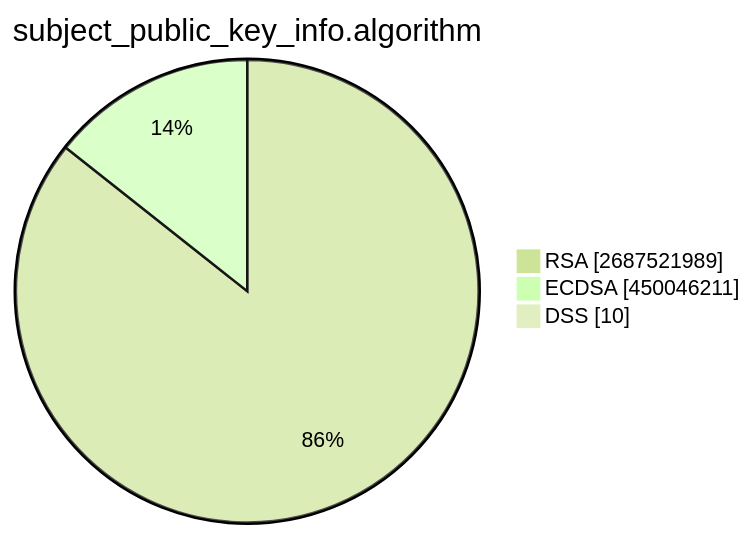
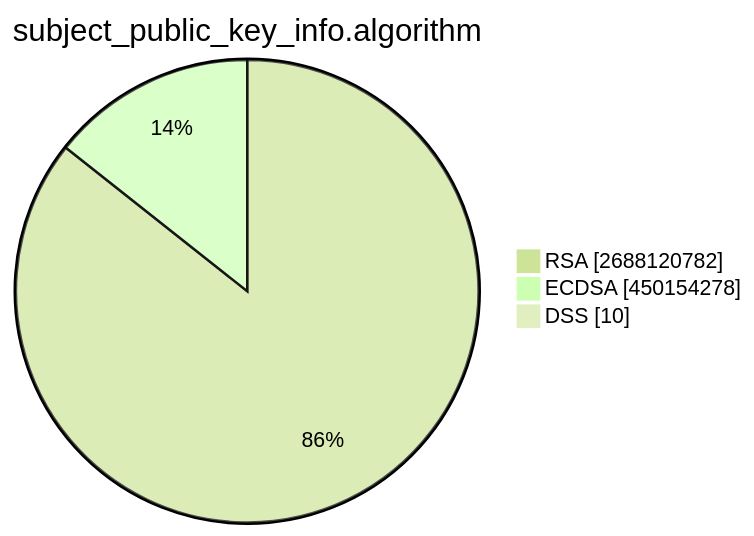
One commit to christiankrug/ctmonitor_visualization changed the second of 15 diagrams in TOTAL/README.md. Above: the diagram before and after it, drawn with Mermaid (forest theme). The commit also changed other lines of this file, not shown here.

````diff
--- a/TOTAL/README.md
+++ b/TOTAL/README.md
@@ -6,7 +6,7 @@
 ```mermaid
 pie showData
 title subject_public_key_info.algorithm
-"RSA" :2687521989
-"ECDSA" :450046211
+"RSA" :2688120782
+"ECDSA" :450154278
 "DSS" :10
 ```
````
